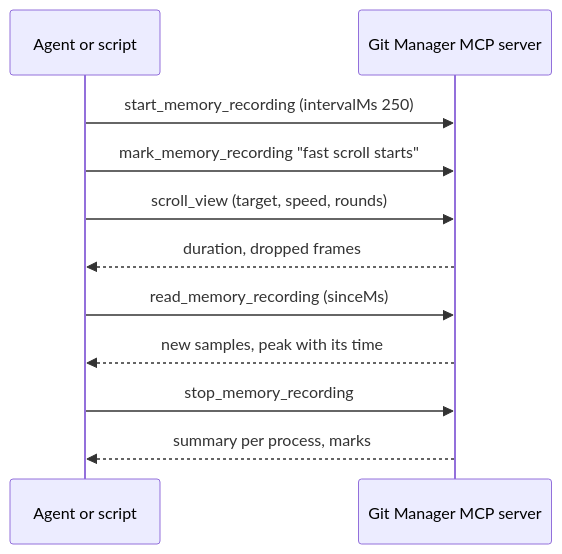
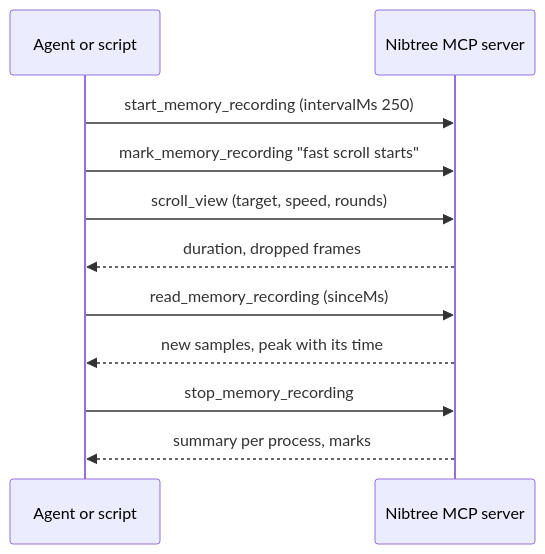
The diagram in docs/wiki/developer/Debugging-with-MCP.md (shibbirweb/git-manager), drawn with Mermaid before and after one commit. The commit also changed other lines of this file and 268 other files, not shown here.

Commit message:
feat:[GM-142] Git Manager is now Nibtree

````diff
--- a/docs/wiki/developer/Debugging-with-MCP.md
+++ b/docs/wiki/developer/Debugging-with-MCP.md
@@ -44,13 +44,13 @@
 ```mermaid
 sequenceDiagram
   participant A as Agent or script
-  participant S as Git Manager MCP server
+  participant S as Nibtree MCP server
   A->>S: start_memory_recording (intervalMs 250)
   A->>S: mark_memory_recording "fast scroll starts"
   A->>S: scroll_view (target, speed, rounds)
   S-->>A: duration, dropped frames
   A->>S: read_memory_recording (sinceMs)
   S-->>A: new samples, peak with its time
   A->>S: stop_memory_recording
   S-->>A: summary per process, marks
 ```
````
